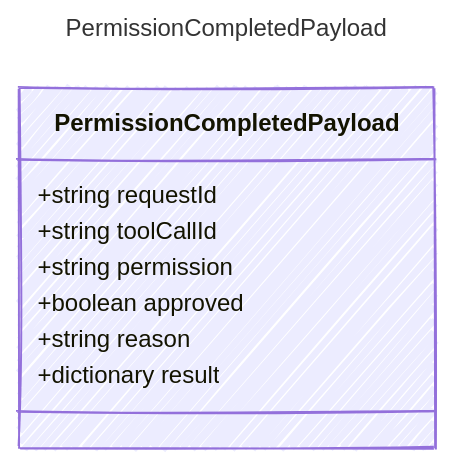
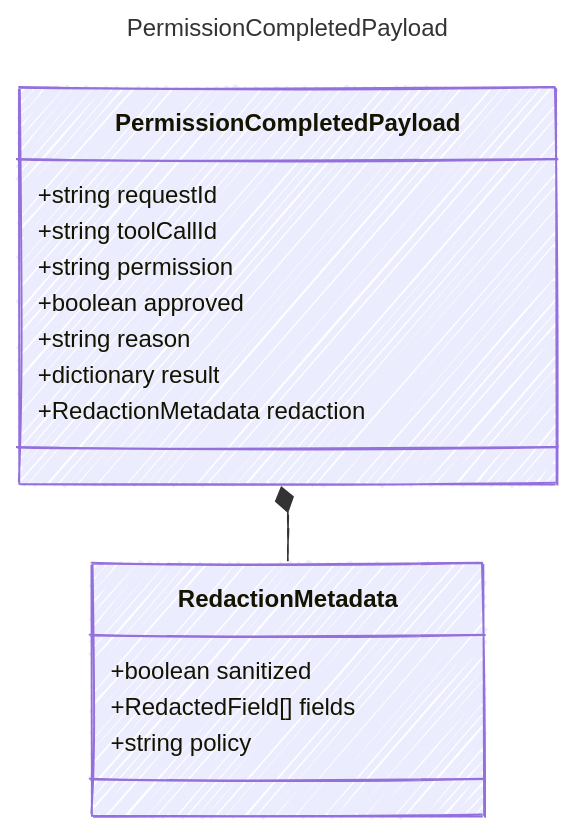
Before and after one commit to microsoft/prompty: the diagram in web/src/content/docs/reference/PermissionCompletedPayload.md, drawn with Mermaid. The commit also changed other lines of this file and 38 other files, not shown here.

````diff
--- a/web/src/content/docs/reference/PermissionCompletedPayload.md
+++ b/web/src/content/docs/reference/PermissionCompletedPayload.md
@@ -11,19 +11,26 @@
 ```mermaid
 ---
 title: PermissionCompletedPayload
 config:
   look: handDrawn
   theme: colorful
   class:
     hideEmptyMembersBox: true
 ---
 classDiagram
     class PermissionCompletedPayload {
         +string requestId
         +string toolCallId
         +string permission
         +boolean approved
         +string reason
         +dictionary result
+        +RedactionMetadata redaction
     }
+    class RedactionMetadata {
+        +boolean sanitized
+        +RedactedField[] fields
+        +string policy
+    }
+    PermissionCompletedPayload *-- RedactionMetadata
 ```
````
